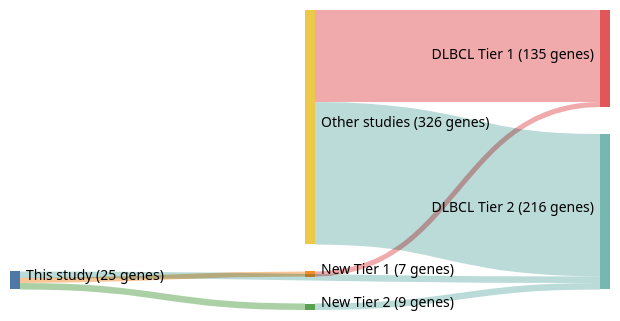
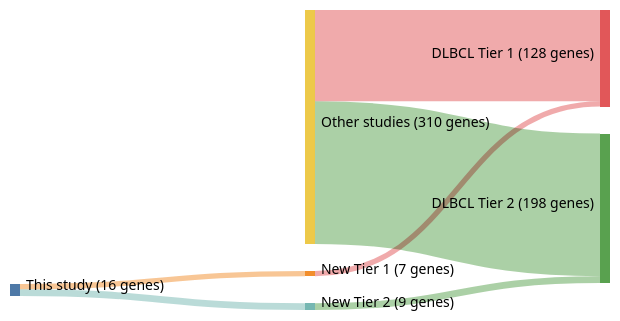
Before and after one commit to morinlab/lymphopedia: the diagram in papers/schmitzGeneticsPathogenesisDiffuse2018a.md, drawn with Mermaid (forest theme). The commit also changed 81 other files, not shown here.

````diff
--- a/papers/schmitzGeneticsPathogenesisDiffuse2018a.md
+++ b/papers/schmitzGeneticsPathogenesisDiffuse2018a.md
@@ -12,21 +12,20 @@
 ```mermaid
 ---
 config:
     sankey:
         showValues: true
         linkColor: target
         width: 600
         height: 300
         nodeAlignment: right
         prefix: '('
         suffix: ' genes)'
 ---
 sankey-beta
 This study, New Tier 1, 7
 New Tier 1, DLBCL Tier 1, 7
-This study, DLBCL Tier 2, 9
 This study, New Tier 2, 9
 New Tier 2, DLBCL Tier 2, 9
-Other studies, DLBCL Tier 1, 128
-Other studies, DLBCL Tier 2, 198
+Other studies, DLBCL Tier 1, 121
+Other studies, DLBCL Tier 2, 189
 ```
````
